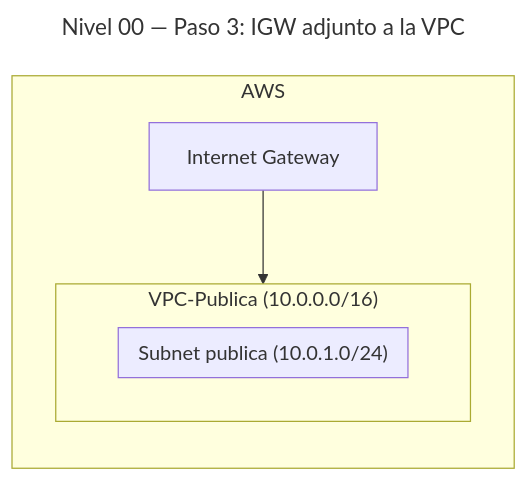
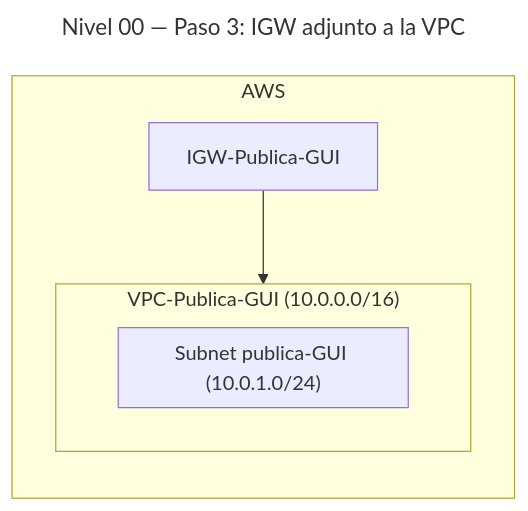
Before and after one commit to Marcos-SA-git/AWS-Certifications: the fourth of 8 diagrams in SAA-C03/es/Prácticas/🥉Fácil/Nivel-00.md, drawn with Mermaid. The commit also changed other lines of this file, not shown here.

Commit message:
Better differentiation GUI-CLI

````diff
--- a/SAA-C03/es/Prácticas/🥉Fácil/Nivel-00.md
+++ b/SAA-C03/es/Prácticas/🥉Fácil/Nivel-00.md
@@ -111,14 +111,14 @@
 ```mermaid
 ---
 title: "Nivel 00 — Paso 3: IGW adjunto a la VPC"
 ---
 graph BT
 subgraph AWS[AWS]
-  IGW[Internet Gateway]
-  subgraph VPC["VPC-Publica (10.0.0.0/16)"]
-    subgraph SUB["Subnet publica (10.0.1.0/24)"]
+  IGW[IGW-Publica-GUI]
+  subgraph VPC["VPC-Publica-GUI (10.0.0.0/16)"]
+    subgraph SUB["Subnet publica-GUI (10.0.1.0/24)"]
     end
   end
 end
 IGW --> VPC
 ```
````
